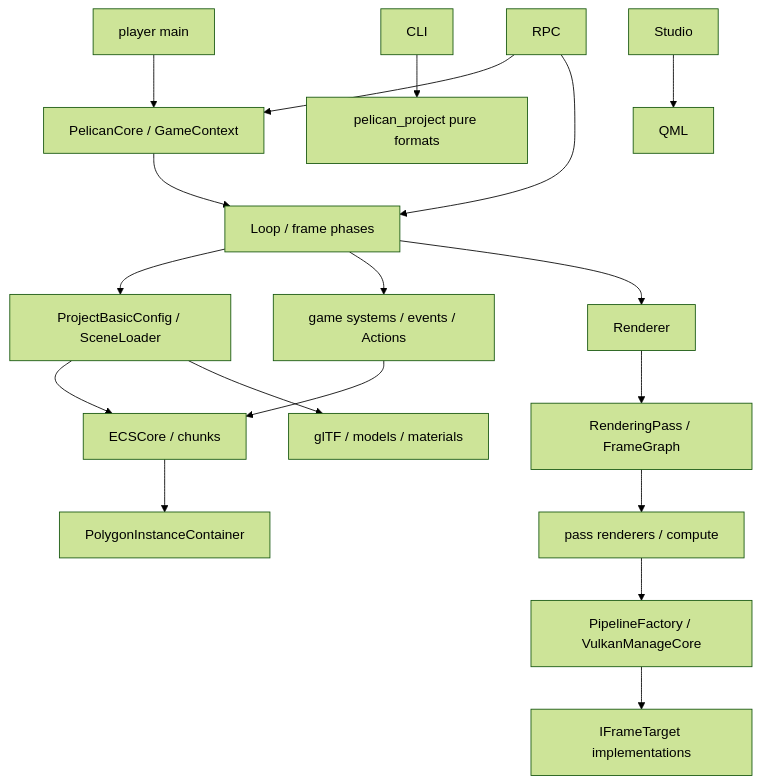
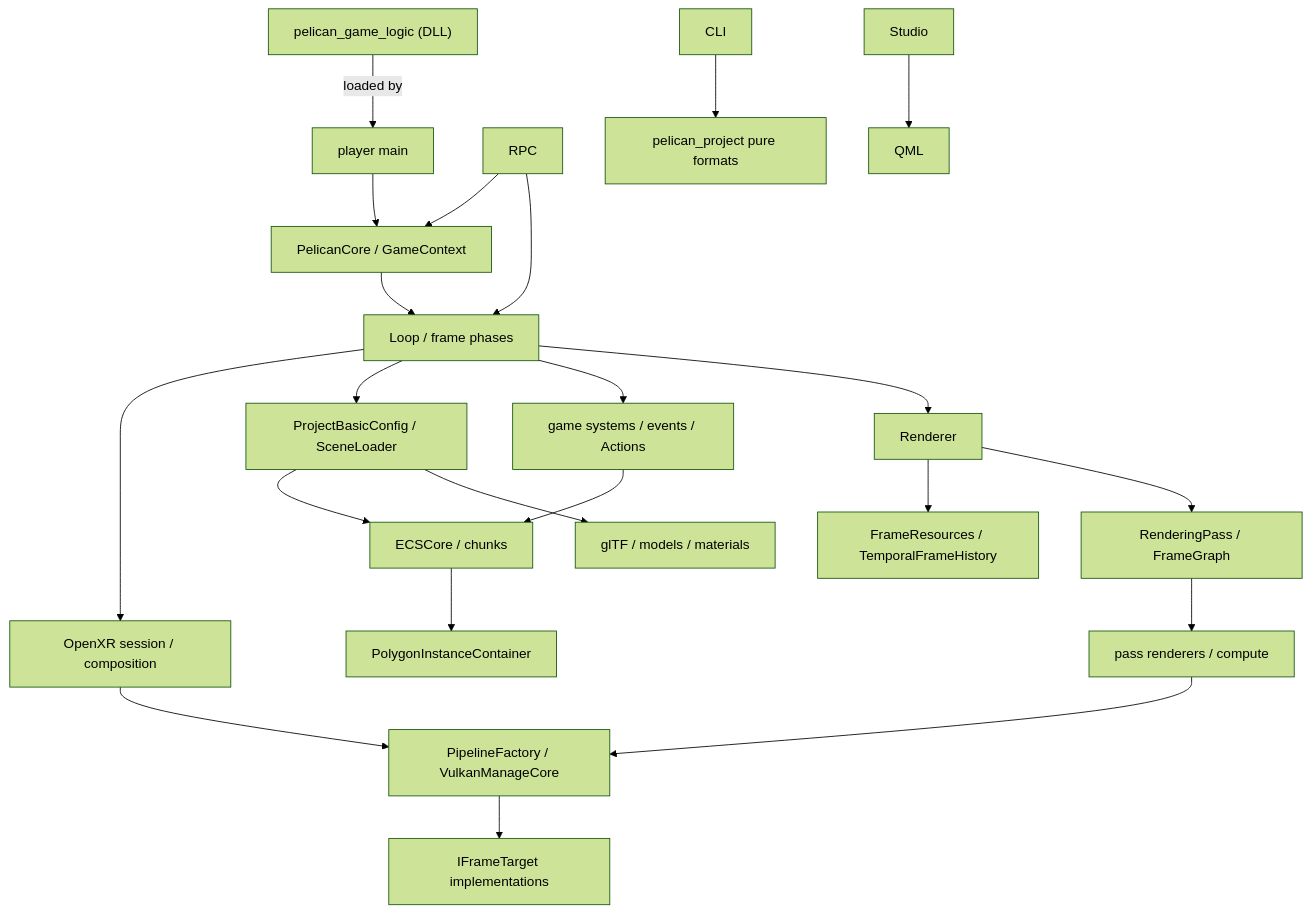
Before and after one commit to pelican-games/peligraph: the diagram in docs/source-code-guide/08_class_interface_index.md, drawn with Mermaid (forest theme). The commit also changed other lines of this file and 20 other files, not shown here.

````diff
--- a/docs/source-code-guide/08_class_interface_index.md
+++ b/docs/source-code-guide/08_class_interface_index.md
@@ -193,20 +246,24 @@
 ```mermaid
 flowchart TD
     Player["player main"] --> Public["PelicanCore / GameContext"]
+    GameDLL["pelican_game_logic (DLL)"] -->|"loaded by"| Player
     Public --> Flow["Loop / frame phases"]
+    Flow --> XR["OpenXR session / composition"]
+    XR --> GPU
     Flow --> Scene["ProjectBasicConfig / SceneLoader"]
     Flow --> Game["game systems / events / Actions"]
     Scene --> ECS["ECSCore / chunks"]
     Game --> ECS
     Scene --> Assets["glTF / models / materials"]
     ECS --> Instances["PolygonInstanceContainer"]
     Flow --> Renderer
+    Renderer --> Temporal["FrameResources / TemporalFrameHistory"]
     Renderer --> Plan["RenderingPass / FrameGraph"]
     Plan --> Pass["pass renderers / compute"]
     Pass --> GPU["PipelineFactory / VulkanManageCore"]
     GPU --> Target["IFrameTarget implementations"]
     RPC --> Public
     RPC --> Flow
     CLI --> Project["pelican_project pure formats"]
     Studio --> QML
 ```
````
